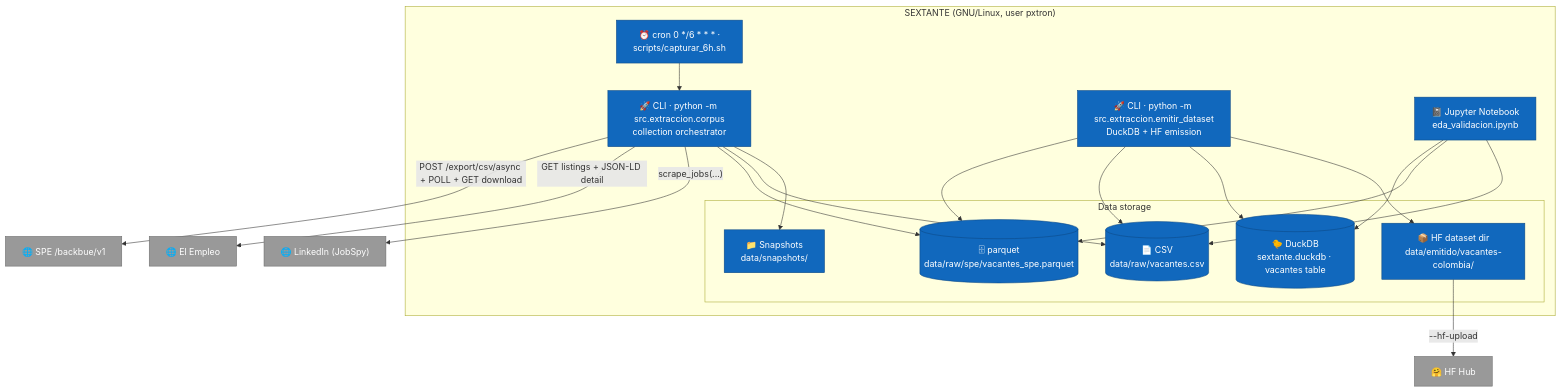
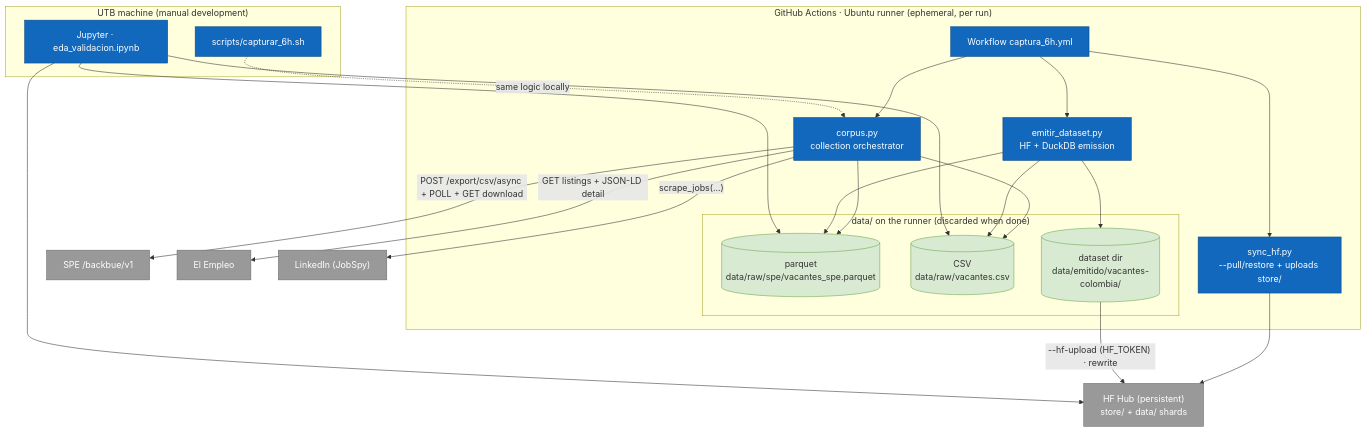
Before and after one commit to shalom-A26/SEXTANTE: the second of 7 diagrams in docs/architecture.en.md, drawn with Mermaid. The commit also changed other lines of this file and 8 other files, not shown here.

First line of the commit message:
feat: captura en GitHub Actions con Hugging Face como memoria persistente

````diff
--- a/docs/architecture.en.md
+++ b/docs/architecture.en.md
@@ -73,45 +73,50 @@
 ```mermaid
 flowchart TB
-    subgraph SEXTANTE["SEXTANTE (GNU/Linux, user pxtron)"]
-        oracle["🚀 CLI · python -m src.extraccion.corpus<br/>collection orchestrator"]
-        crun["⏰ cron 0 */6 * * * ·<br/>scripts/capturar_6h.sh"]
-        emit["🚀 CLI · python -m src.extraccion.emitir_dataset<br/>DuckDB + HF emission"]
-        eda["📓 Jupyter Notebook<br/>eda_validacion.ipynb"]
+    subgraph RUNNER["GitHub Actions · Ubuntu runner (ephemeral, per run)"]
+        wf["Workflow captura_6h.yml"]
+        sync["sync_hf.py<br/>--pull/restore + uploads store/"]
+        corpus["corpus.py<br/>collection orchestrator"]
+        emit["emitir_dataset.py<br/>HF + DuckDB emission"]
 
-        subgraph STREAM["Data storage"]
-            storespe[("🗄 parquet<br/>data/raw/spe/vacantes_spe.parquet")]
-            storecu[("📄 CSV<br/>data/raw/vacantes.csv")]
-            snaps["📁 Snapshots<br/>data/snapshots/"]
-            duckdb[("🐤 DuckDB<br/>sextante.duckdb · vacantes table")]
-            hfdir["📦 HF dataset dir<br/>data/emitido/vacantes-colombia/"]
+        subgraph EPHEMERAL["data/ on the runner (discarded when done)"]
+            storespe[("parquet<br/>data/raw/spe/vacantes_spe.parquet")]
+            storecu[("CSV<br/>data/raw/vacantes.csv")]
+            emitd[("dataset dir<br/>data/emitido/vacantes-colombia/")]
         end
     end
 
-    spe["🌐 SPE /backbue/v1"]
-    ee["🌐 El Empleo"]
-    li["🌐 LinkedIn (JobSpy)"]
-    hub["🤗 HF Hub"]
+    subgraph LOCAL["UTB machine (manual development)"]
+        shdev["scripts/capturar_6h.sh"]
+        notebook["Jupyter · eda_validacion.ipynb"]
+    end
 
-    crun --> oracle
-    oracle -->|"POST /export/csv/async + POLL + GET download"| spe
-    oracle -->|"GET listings + JSON-LD detail"| ee
-    oracle -->|"scrape_jobs(...)"| li
-    oracle --> storespe
-    oracle --> storecu
-    oracle --> snaps
+    spe["SPE /backbue/v1"]
+    ee["El Empleo"]
+    li["LinkedIn (JobSpy)"]
+    hub["HF Hub (persistent)<br/>store/ + data/ shards"]
+
+    wf --> sync
+    sync --> hub
+    wf --> corpus
+    corpus -->|"POST /export/csv/async + POLL + GET download"| spe
+    corpus -->|"GET listings + JSON-LD detail"| ee
+    corpus -->|"scrape_jobs(...)"| li
+    corpus --> storespe
+    corpus --> storecu
+    wf --> emit
     emit --> storespe
     emit --> storecu
-    emit --> duckdb
-    emit --> hfdir
-    hfdir -->|"--hf-upload"| hub
-    eda --> duckdb
-    eda --> storespe
-    eda --> storecu
+    emit --> emitd
+    emitd -->|"--hf-upload (HF_TOKEN) · rewrite"| hub
+    shdev -.->|"same logic locally"| corpus
+    notebook --> hub
+    notebook --> storespe
+    notebook --> storecu
 
     classDef cont fill:#1168bd,color:#fff,stroke:#0b4884;
-    classDef almacen fill:#1168bd,color:#fff,stroke:#0b4884;
+    classDef almacen fill:#d9ead3,stroke:#6aa84f;
     classDef ext fill:#999999,color:#fff,stroke:#6b6b6b;
-    class oracle,crun,emit,eda cont;
-    class storespe,storecu,snaps,duckdb,hfdir almacen;
+    class wf,sync,corpus,emit,shdev,notebook cont;
+    class storespe,storecu,emitd almacen;
     class spe,ee,li,hub ext;
 ```
````
